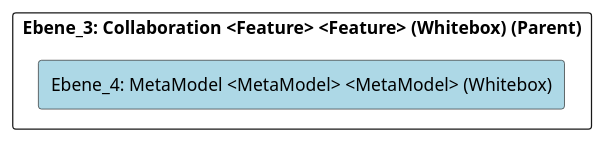
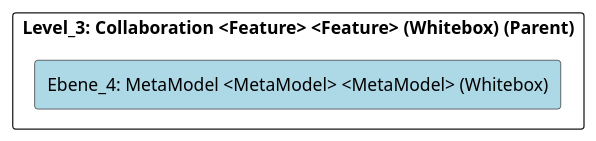
Before and after one commit to marcozwyssig/cleon: the diagram in doc/cleonproject_deliverables_architecture_model_architecture/adoc/de/05_bausteinsicht/cleon/publishing/collaboration/metamodel/ebene_4_metamodel.adoc, drawn with PlantUML. The commit also changed other lines of this file and 169 other files, not shown here.

```diff
--- a/doc/cleonproject_deliverables_architecture_model_architecture/adoc/de/05_bausteinsicht/cleon/publishing/collaboration/metamodel/ebene_4_metamodel.adoc
+++ b/doc/cleonproject_deliverables_architecture_model_architecture/adoc/de/05_bausteinsicht/cleon/publishing/collaboration/metamodel/ebene_4_metamodel.adoc
@@ -24,24 +24,24 @@
 [plantuml, Ebene_4: MetaModel <MetaModel> <MetaModel> (Whitebox)BlockOverview, format="svg"]
 ----
 @startuml Ebene_4: MetaModel <MetaModel> <MetaModel> (Whitebox)BuildingBlockOverview
 
 skinparam ranksep 10
 skinparam componentStyle rectangle
 skinparam shadowing false
 skinparam arrowColor lightblue
 skinparam arrowThickness 1.2
 skinparam rectangle {
   BackgroundColor White
   BorderColor #333
   RoundCorner 10
 }
 top to bottom direction
 
-component "Ebene_3: Collaboration <Feature> <Feature> (Whitebox) (Parent)" {
+component "Level_3: Collaboration <Feature> <Feature> (Whitebox) (Parent)" {
     component "Ebene_4: MetaModel <MetaModel> <MetaModel> (Whitebox)" #lightblue {
     }
 
 }
 
 @enduml
 ----
```
